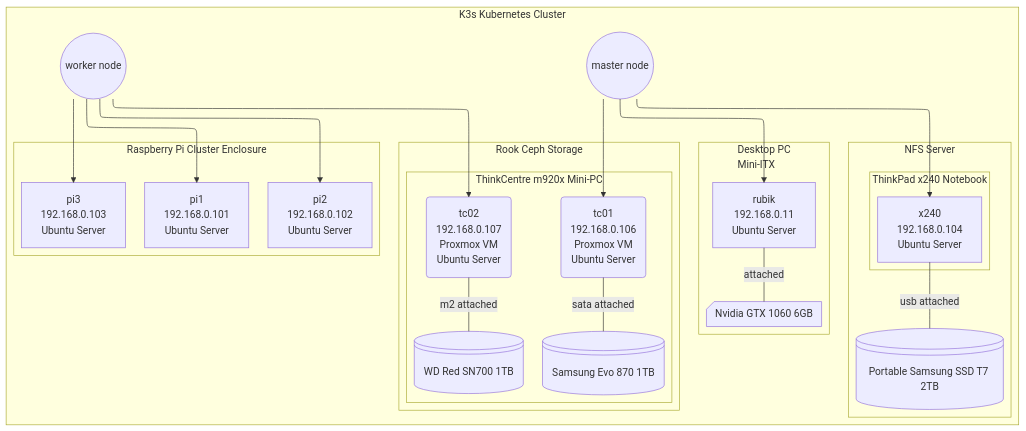
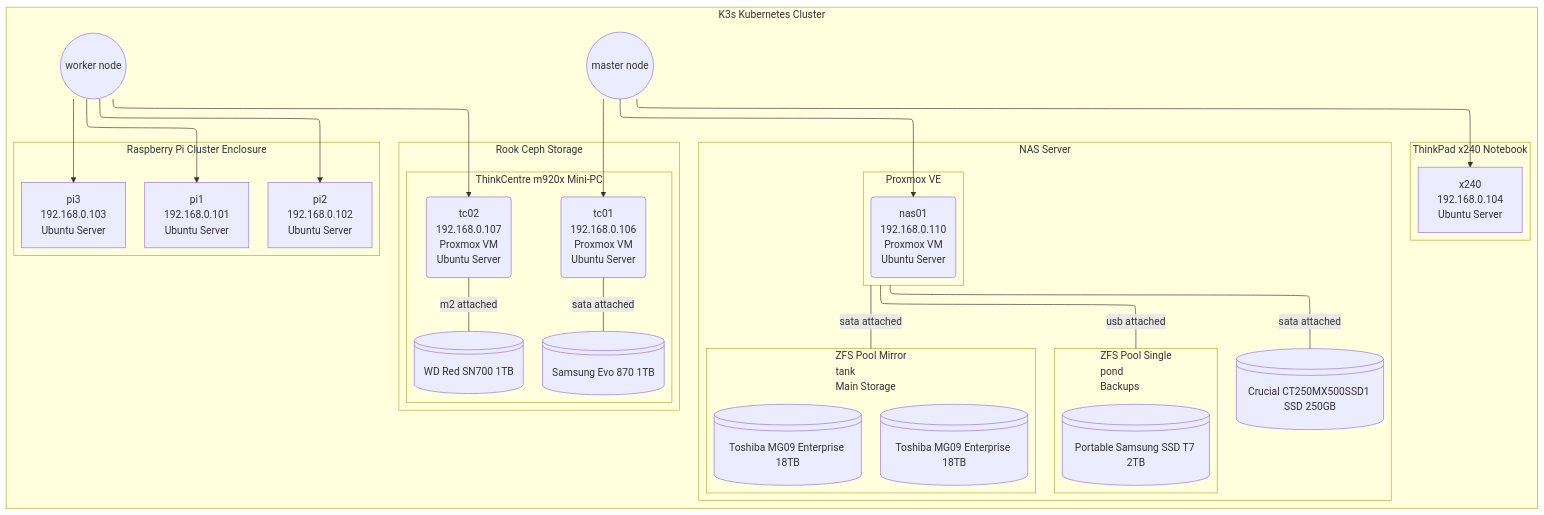
One commit to FrederikS/homelab changed the diagram in docs/ARCHITECTURE.md. Above: the diagram before and after it, drawn with Mermaid.

Commit message:
update architecture diagram

````diff
--- a/docs/ARCHITECTURE.md
+++ b/docs/ARCHITECTURE.md
@@ -9,56 +9,63 @@
 ```mermaid
 ---
 config:
   layout: elk
 ---
-
 graph TB
 
     subgraph "K3s Kubernetes Cluster"
         direction TB
         master(("master node"))
         worker(("worker node"))
 
         subgraph "Raspberry Pi Cluster Enclosure"
             pi1["pi1<br/>192.168.0.101<br/>Ubuntu Server"]
             pi2["pi2<br/>192.168.0.102<br/>Ubuntu Server"]
             pi3["pi3<br/>192.168.0.103<br/>Ubuntu Server"]
         end
 
         subgraph "Rook Ceph Storage"
             subgraph "ThinkCentre m920x Mini-PC"
                 direction LR
                 tc01("tc01<br/>192.168.0.106<br/>Proxmox VM<br/>Ubuntu Server")
                 tc02("tc02<br/>192.168.0.107<br/>Proxmox VM<br/>Ubuntu Server")
                 ssd2@{shape: lin-cyl, label: "Samsung Evo 870 1TB"}
                 ssd1@{shape: lin-cyl, label: "WD Red SN700 1TB"}
                 tc01--sata attached ---ssd2
                 tc02--m2 attached ---ssd1
             end
         end
 
-        subgraph "NFS Server"
-            subgraph "ThinkPad x240 Notebook"
-                x240["x240<br/>192.168.0.104<br/>Ubuntu Server"]
-            end
-            essd@{shape: lin-cyl, label: "Portable Samsung SSD T7 2TB"}
-            x240--usb attached ---essd
+        subgraph "ThinkPad x240 Notebook"
+            x240["x240<br/>192.168.0.104<br/>Ubuntu Server"]
         end
 
-        subgraph "Desktop PC<br/>Mini-ITX"
-            rubik["rubik<br/>192.168.0.11<br/>Ubuntu Server"]
-            gpu@{ shape: notch-rect, label: "Nvidia GTX 1060 6GB" }
-            rubik--attached ---gpu
+        subgraph "NAS Server"
+            direction LR
+            subgraph pve02 ["Proxmox VE"]
+                nas01("nas01<br/>192.168.0.110<br/>Proxmox VM<br/>Ubuntu Server")
+            end
+            subgraph tank ["ZFS Pool Mirror<br/>tank<br/>Main Storage"]
+                nashdd1@{shape: lin-cyl, label: "Toshiba MG09 Enterprise 18TB"}
+                nashdd2@{shape: lin-cyl, label: "Toshiba MG09 Enterprise 18TB"}
+            end
+            nasssd1@{shape: lin-cyl, label: "Crucial CT250MX500SSD1 SSD 250GB"}
+            pve02--sata attached ---nasssd1
+            pve02--sata attached ---tank
+            pve02--usb attached ---pond
+        end
+
+        subgraph pond ["ZFS Pool Single<br/>pond<br/>Backups"]
+            essd@{shape: lin-cyl, label: "Portable Samsung SSD T7 2TB"}
         end
 
         master --> tc01
         master --> x240
-        master --> rubik
+        master --> nas01
         worker --> tc02
         worker --> pi1
         worker --> pi2
         worker --> pi3
 
     end
-
 ```
````
